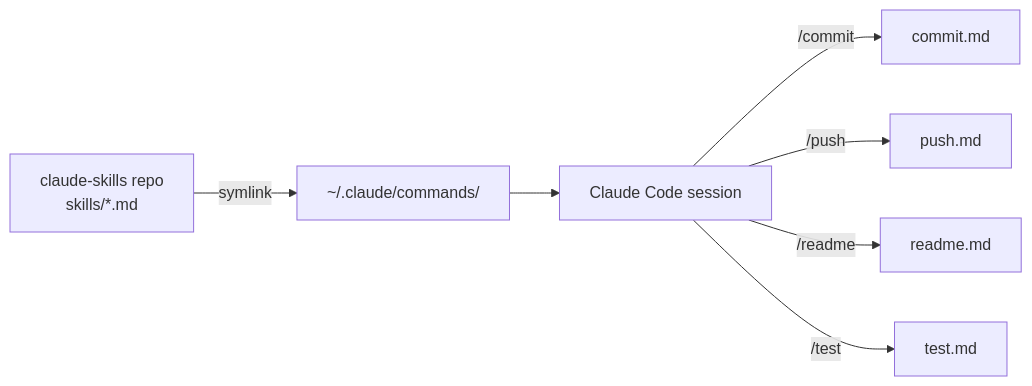
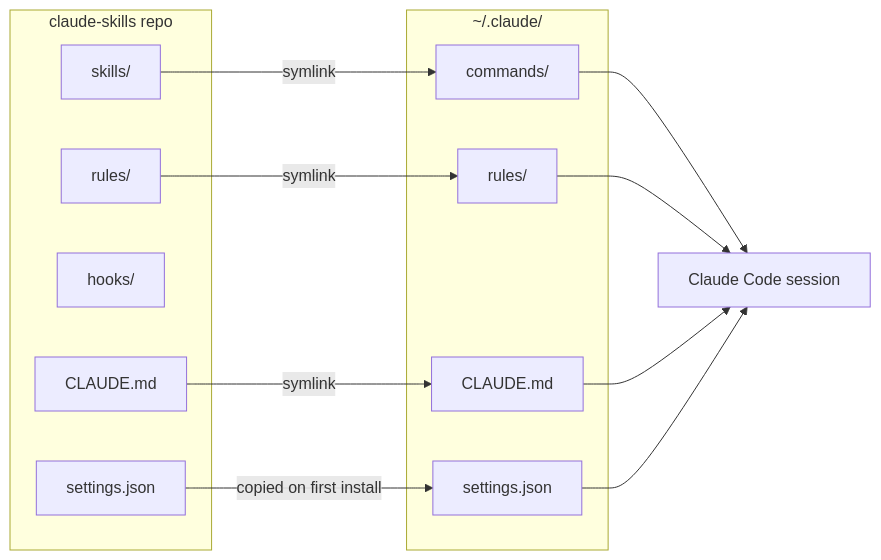
Before and after one commit to archdukejim/claude-skills: the diagram in README.md, drawn with Mermaid. The commit also changed other lines of this file and 12 other files, not shown here.

First line of the commit message:
feat: expand repo to manage hooks, rules, CLAUDE.md, and settings

````diff
--- a/README.md
+++ b/README.md
@@ -16,9 +23,24 @@
 ```mermaid
 graph LR
-    A[claude-skills repo\nskills/*.md] -->|symlink| B[~/.claude/commands/]
-    B --> C[Claude Code session]
-    C -->|/commit| D[commit.md]
-    C -->|/push| E[push.md]
-    C -->|/readme| F[readme.md]
-    C -->|/test| G[test.md]
+    subgraph repo [claude-skills repo]
+        S[skills/]
+        R[rules/]
+        H[hooks/]
+        C[CLAUDE.md]
+        J[settings.json]
+    end
+    subgraph claude [~/.claude/]
+        CMD[commands/]
+        RLS[rules/]
+        CLM[CLAUDE.md]
+        SET[settings.json]
+    end
+    S -->|symlink| CMD
+    R -->|symlink| RLS
+    C -->|symlink| CLM
+    J -->|copied on first install| SET
+    CMD --> Session[Claude Code session]
+    RLS --> Session
+    CLM --> Session
+    SET --> Session
 ```
````
